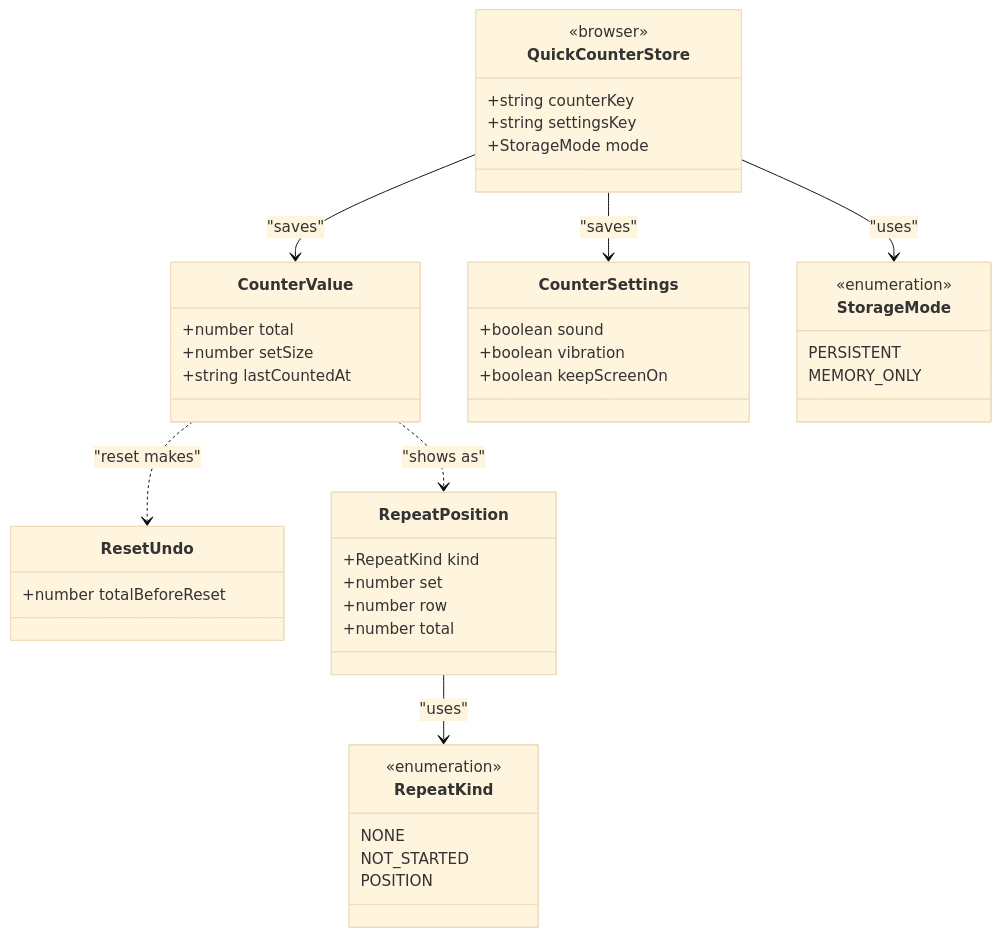
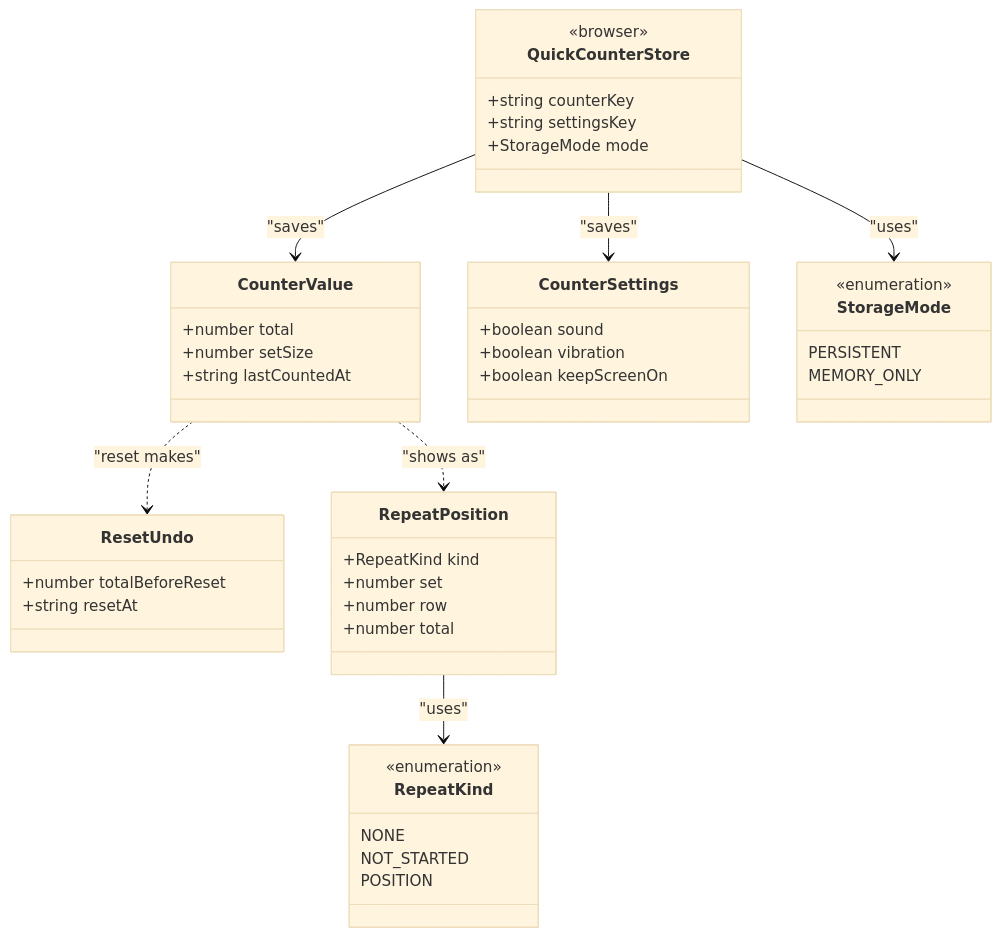
Before and after one commit to god3v/hamtteukka: the first of 2 diagrams in docs/specs/003-row-counter/design/domain.md, drawn with Mermaid (base theme). The commit also changed other lines of this file and 2 other files, not shown here.

````diff
--- a/docs/specs/003-row-counter/design/domain.md
+++ b/docs/specs/003-row-counter/design/domain.md
@@ -25,45 +25,46 @@
 ```mermaid
 classDiagram
   class CounterValue {
     +number total
     +number setSize
     +string lastCountedAt
   }
   class ResetUndo {
     +number totalBeforeReset
+    +string resetAt
   }
   class RepeatPosition {
     +RepeatKind kind
     +number set
     +number row
     +number total
   }
   class RepeatKind {
     <<enumeration>>
     NONE
     NOT_STARTED
     POSITION
   }
   class CounterSettings {
     +boolean sound
     +boolean vibration
     +boolean keepScreenOn
   }
   class QuickCounterStore {
     <<browser>>
     +string counterKey
     +string settingsKey
     +StorageMode mode
   }
   class StorageMode {
     <<enumeration>>
     PERSISTENT
     MEMORY_ONLY
   }
   CounterValue ..> ResetUndo : "reset makes"
   CounterValue ..> RepeatPosition : "shows as"
   RepeatPosition --> RepeatKind : "uses"
   QuickCounterStore --> CounterValue : "saves"
   QuickCounterStore --> CounterSettings : "saves"
   QuickCounterStore --> StorageMode : "uses"
 ```
````
